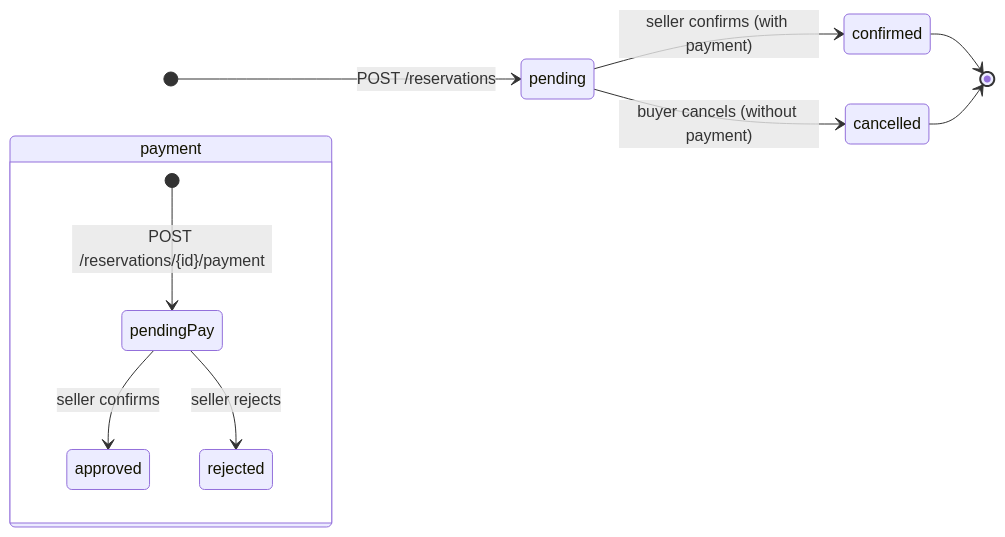
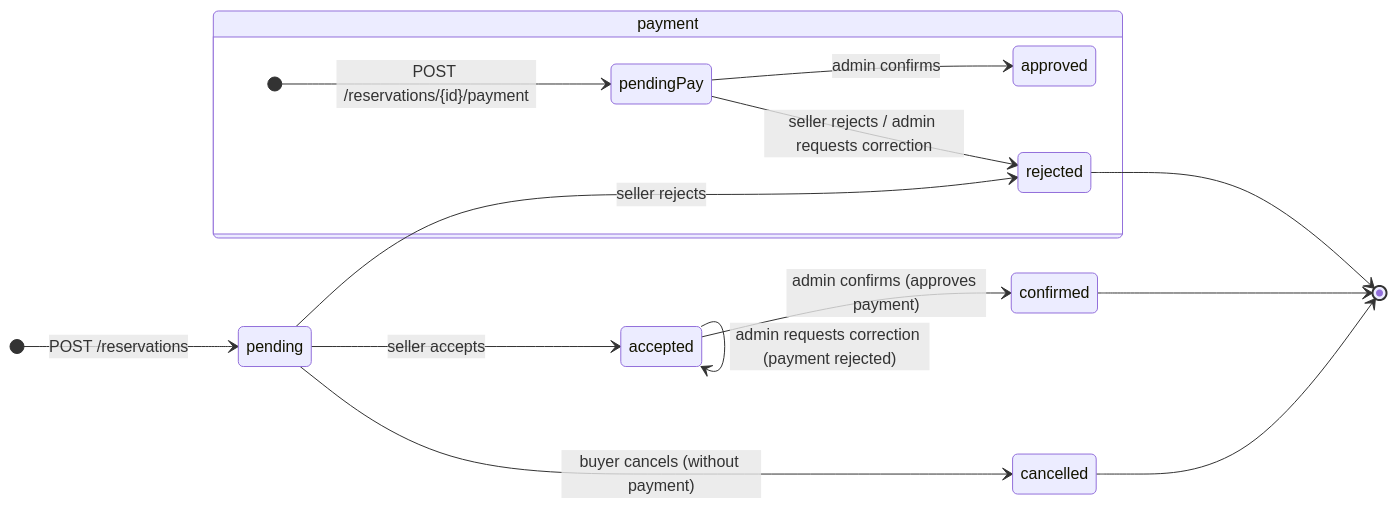
The second of 2 diagrams in docs/architecture.md (pinolrent/pinolrent-api), drawn with Mermaid before and after one commit. The commit also changed other lines of this file and 26 other files, not shown here.

````diff
--- a/docs/architecture.md
+++ b/docs/architecture.md
@@ -75,15 +75,19 @@
 ```mermaid
 stateDiagram-v2
     direction LR
     [*] --> pending: POST /reservations
-    pending --> confirmed: seller confirms (with payment)
+    pending --> accepted: seller accepts
+    pending --> rejected: seller rejects
     pending --> cancelled: buyer cancels (without payment)
+    accepted --> confirmed: admin confirms (approves payment)
+    accepted --> accepted: admin requests correction (payment rejected)
     confirmed --> [*]
+    rejected --> [*]
     cancelled --> [*]
 
     state "payment" as p {
         [*] --> pendingPay: POST /reservations/{id}/payment
-        pendingPay --> approved: seller confirms
-        pendingPay --> rejected: seller rejects
+        pendingPay --> approved: admin confirms
+        pendingPay --> rejected: seller rejects / admin requests correction
     }
 ```
````
